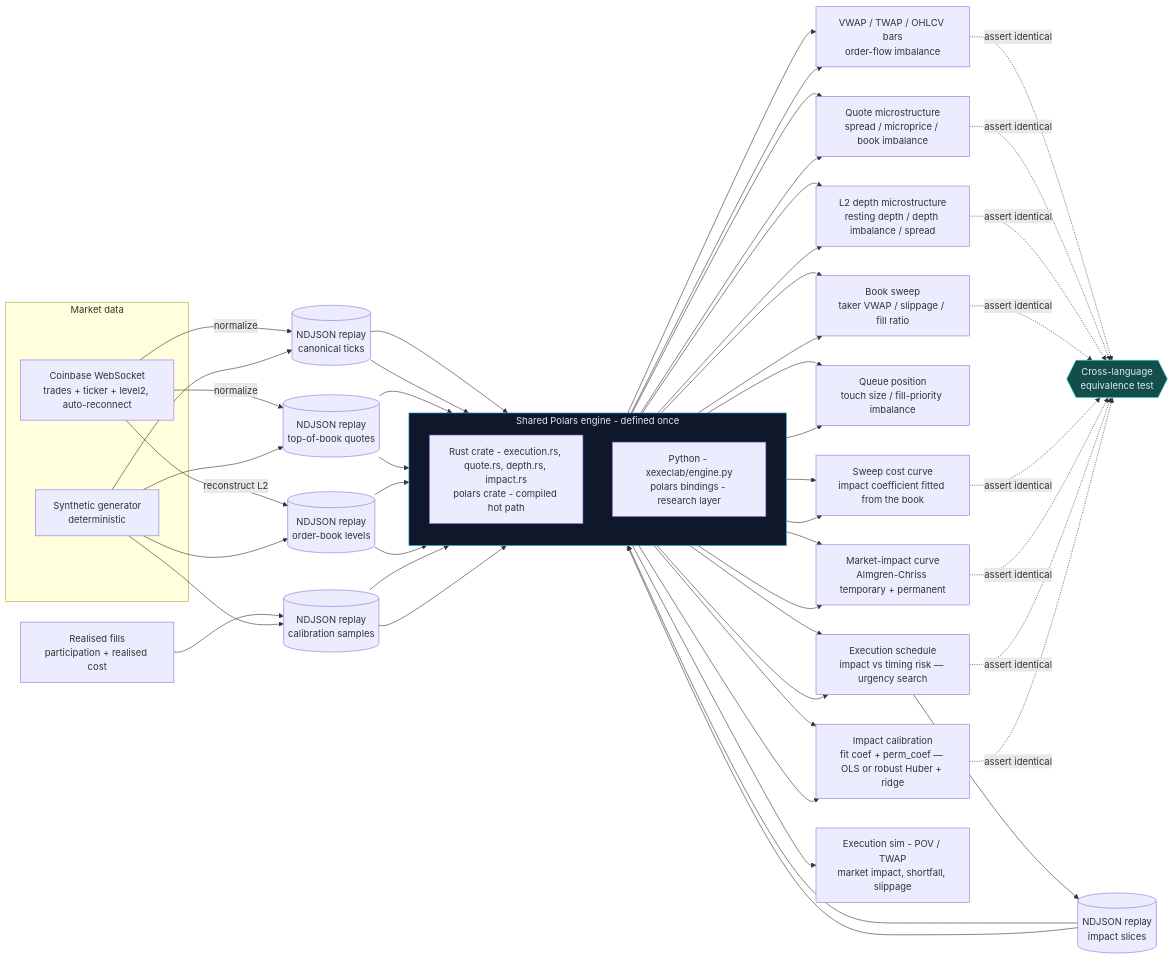
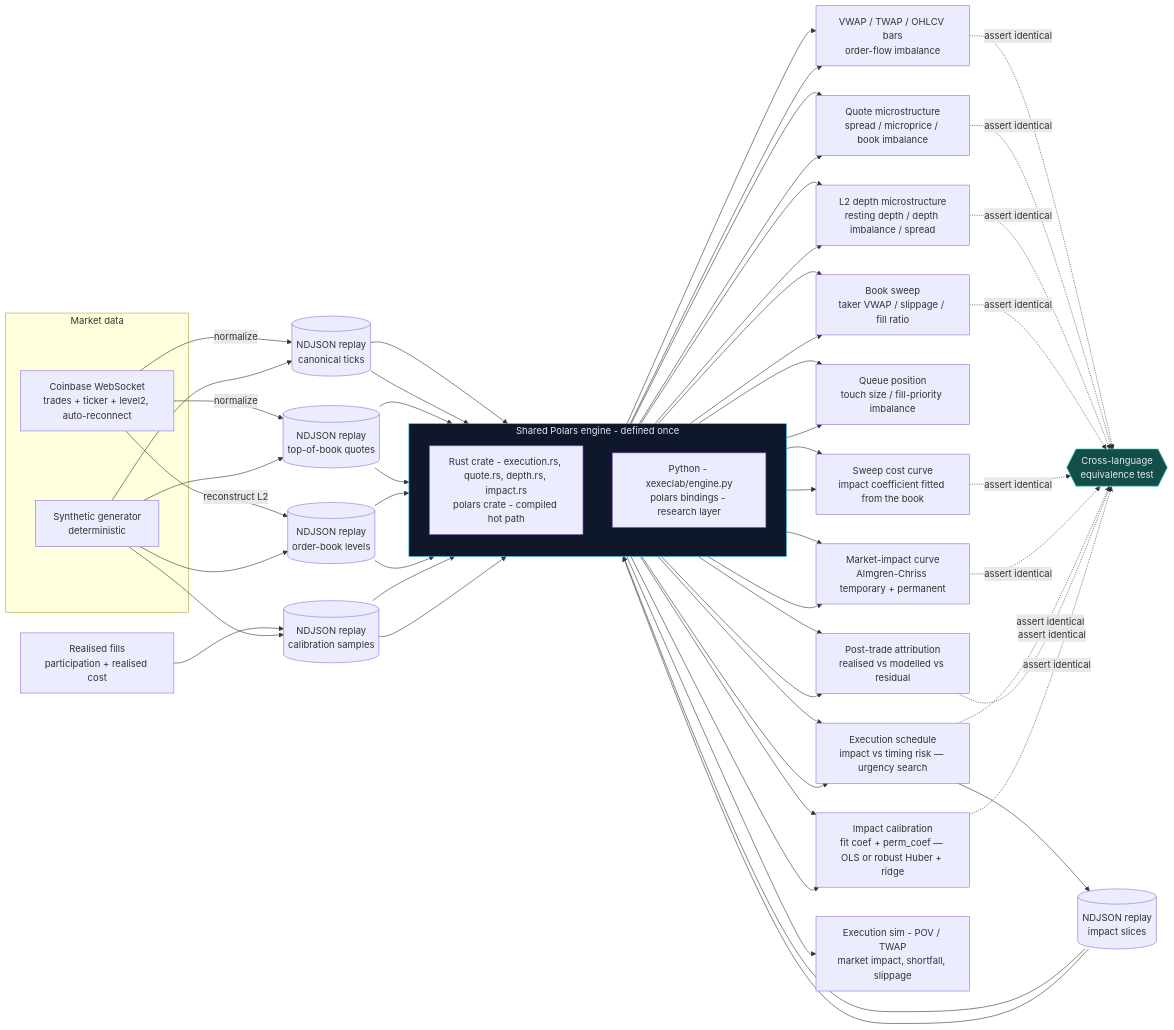
One commit to ghoshp83/polars-execution-lab changed the diagram in README.md. Above: the diagram before and after it, drawn with Mermaid. The commit also changed other lines of this file and 5 other files, not shown here.

First line of the commit message:
docs: release v0.13.0 (post-trade attribution)

````diff
--- a/README.md
+++ b/README.md
@@ -29,65 +30,68 @@
 ```mermaid
 flowchart LR
     subgraph ingest[Market data]
         CB[Coinbase WebSocket<br/>trades + ticker + level2, auto-reconnect]
         SYN[Synthetic generator<br/>deterministic]
     end
     CB -->|normalize| RP[(NDJSON replay<br/>canonical ticks)]
     CB -->|normalize| QRP[(NDJSON replay<br/>top-of-book quotes)]
     CB -->|reconstruct L2| BRP[(NDJSON replay<br/>order-book levels)]
     SCHED[Execution schedule<br/>participation slices] --> IRP[(NDJSON replay<br/>impact slices)]
     FILLS_IN[Realised fills<br/>participation + realised cost] --> CRP[(NDJSON replay<br/>calibration samples)]
     SYN --> RP
     SYN --> QRP
     SYN --> BRP
     SYN --> CRP
 
     subgraph engine[Shared Polars engine - defined once]
         direction TB
         RUST["Rust crate - execution.rs, quote.rs, depth.rs, impact.rs<br/>polars crate - compiled hot path"]
         PY["Python - xexeclab/engine.py<br/>polars bindings - research layer"]
     end
 
     RP --> RUST
     RP --> PY
     QRP --> RUST
     QRP --> PY
     BRP --> RUST
     BRP --> PY
     IRP --> RUST
     IRP --> PY
     CRP --> RUST
     CRP --> PY
 
     RUST --> BENCH[VWAP / TWAP / OHLCV bars<br/>order-flow imbalance]
     PY --> BENCH
     RUST --> BOOK[Quote microstructure<br/>spread / microprice / book imbalance]
     PY --> BOOK
     RUST --> DEPTH[L2 depth microstructure<br/>resting depth / depth imbalance / spread]
     PY --> DEPTH
     RUST --> QUEUE[Queue position<br/>touch size / fill-priority imbalance]
     PY --> QUEUE
     RUST --> SWEEP[Book sweep<br/>taker VWAP / slippage / fill ratio]
     PY --> SWEEP
     RUST --> CURVE[Sweep cost curve<br/>impact coefficient fitted from the book]
     PY --> CURVE
     RUST --> IMPACT[Market-impact curve<br/>Almgren-Chriss temporary + permanent]
     PY --> IMPACT
     RUST --> SCHED[Execution schedule<br/>impact vs timing risk — urgency search]
     PY --> SCHED
+    RUST --> SF[Post-trade attribution<br/>realised vs modelled vs residual]
+    PY --> SF
     RUST --> CALIB[Impact calibration<br/>fit coef + perm_coef — OLS or robust Huber + ridge]
     PY --> CALIB
     PY --> FILLS["Execution sim - POV / TWAP<br/>market impact, shortfall, slippage"]
 
     BENCH -.->|assert identical| EQ{{Cross-language<br/>equivalence test}}
     BOOK -.->|assert identical| EQ
     DEPTH -.->|assert identical| EQ
     SWEEP -.->|assert identical| EQ
     CURVE -.->|assert identical| EQ
     IMPACT -.->|assert identical| EQ
     SCHED -.->|assert identical| EQ
+    SF -.->|assert identical| EQ
     CALIB -.->|assert identical| EQ
 
     style engine fill:#0f172a,stroke:#38bdf8,color:#e2e8f0
     style EQ fill:#134e4a,stroke:#2dd4bf,color:#e2e8f0
 ```
````
